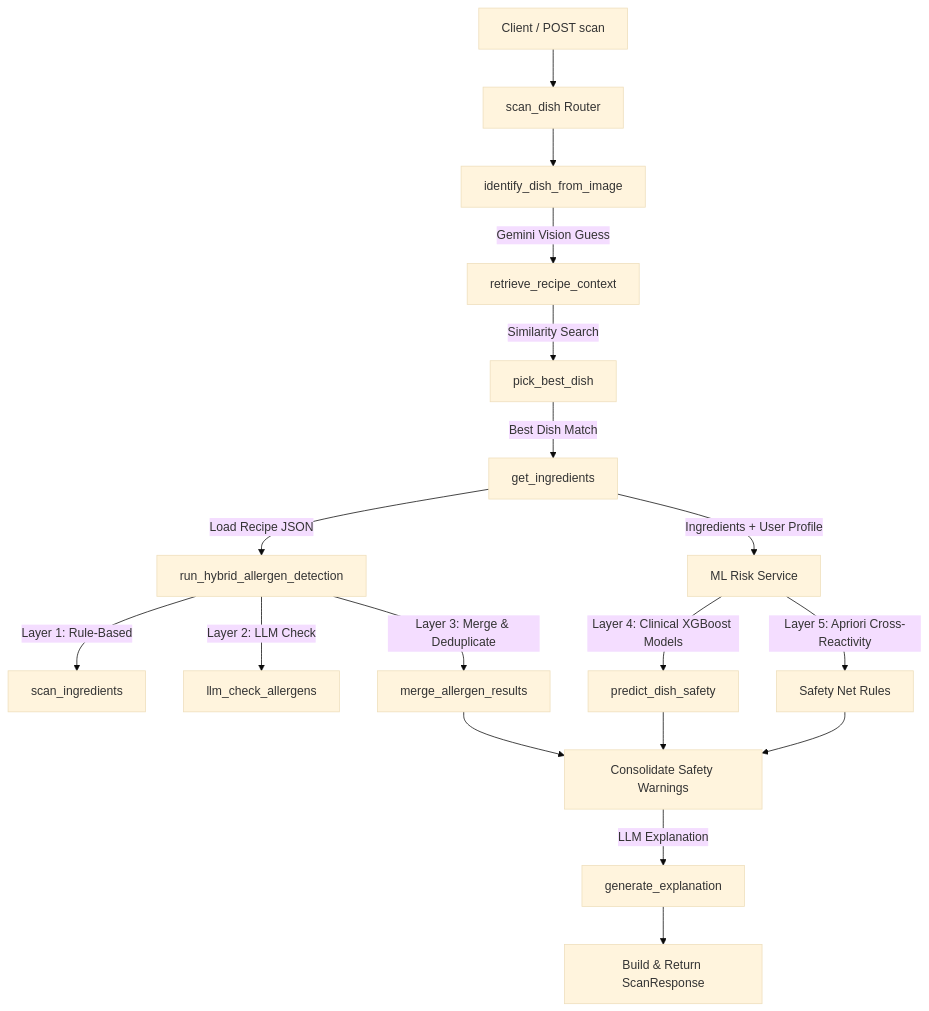
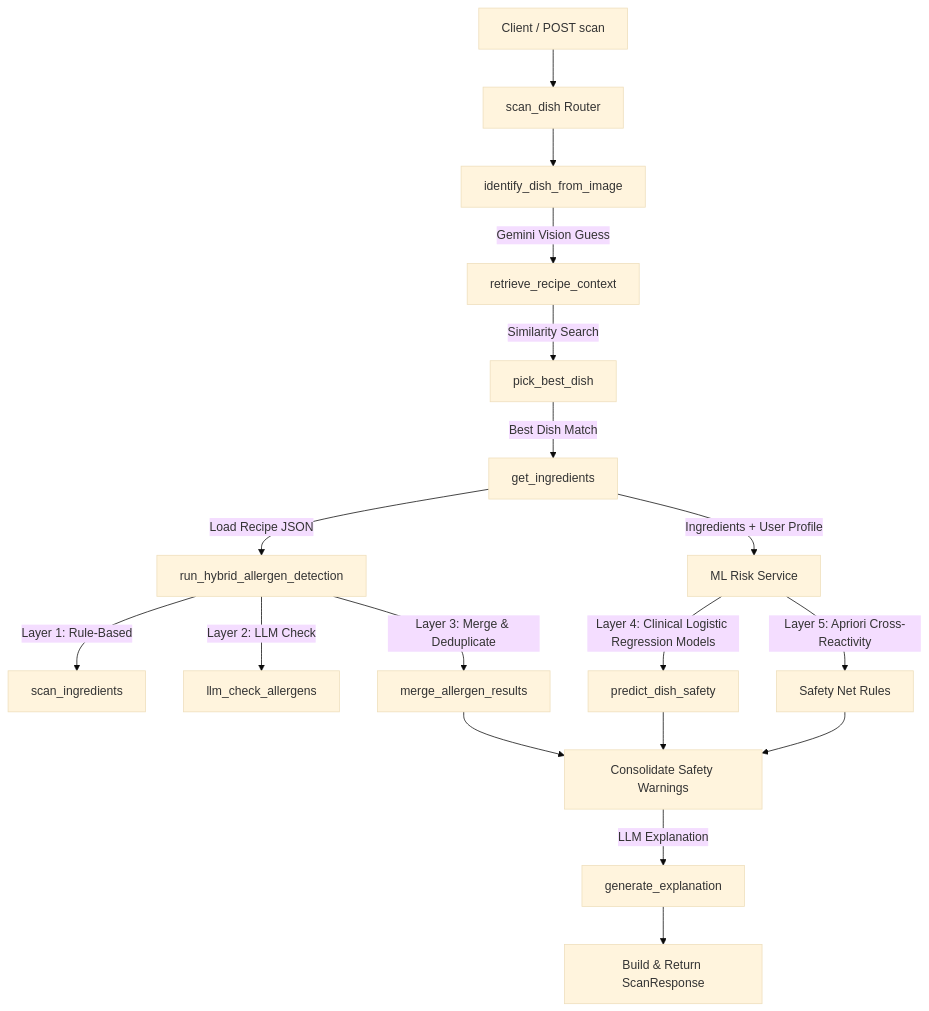
One commit to SenuriDulanji/Food-Allergen-Detection-System changed the diagram in project_functions_walkthrough.md. Above: the diagram before and after it, drawn with Mermaid (base theme). The commit also changed other lines of this file and 587 other files, not shown here.

````diff
--- a/project_functions_walkthrough.md
+++ b/project_functions_walkthrough.md
@@ -9,22 +9,22 @@
 ```mermaid
 graph TD
     A[Client / POST scan] --> B[scan_dish Router]
     B --> C[identify_dish_from_image]
     C -->|Gemini Vision Guess| D[retrieve_recipe_context]
     D -->|Similarity Search| E[pick_best_dish]
     E -->|Best Dish Match| F[get_ingredients]
     F -->|Load Recipe JSON| G[run_hybrid_allergen_detection]
     G -->|Layer 1: Rule-Based| H[scan_ingredients]
     G -->|Layer 2: LLM Check| I[llm_check_allergens]
     G -->|Layer 3: Merge & Deduplicate| J[merge_allergen_results]
     
     F -->|Ingredients + User Profile| K[ML Risk Service]
-    K -->|Layer 4: Clinical XGBoost Models| L[predict_dish_safety]
+    K -->|Layer 4: Clinical Logistic Regression Models| L[predict_dish_safety]
     K -->|Layer 5: Apriori Cross-Reactivity| M[Safety Net Rules]
     
     J --> N[Consolidate Safety Warnings]
     L --> N
     M --> N
     N -->|LLM Explanation| O[generate_explanation]
     O --> P[Build & Return ScanResponse]
 ```
````
